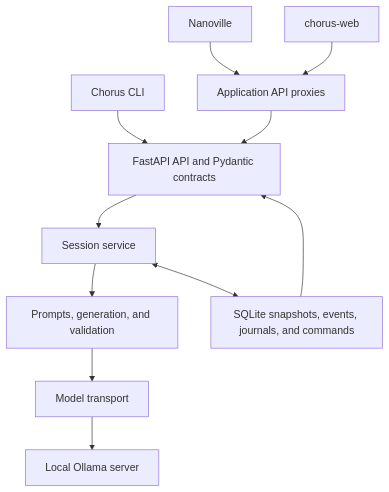
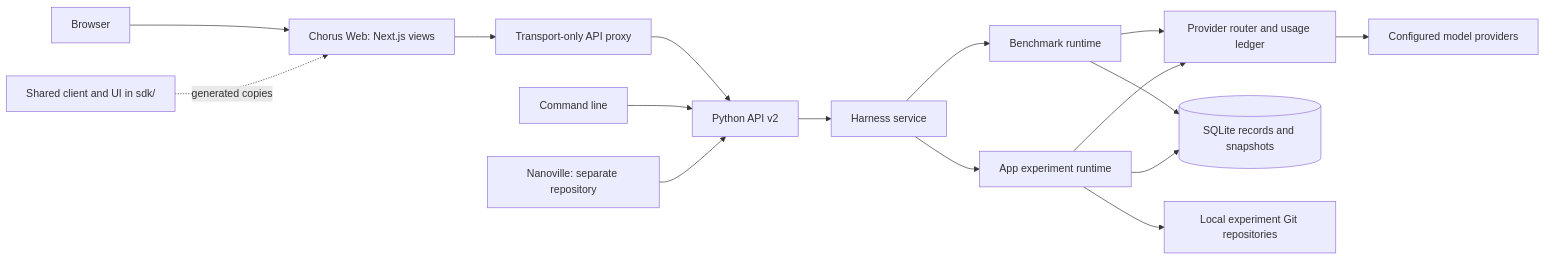
Before and after one commit to jyotiska/chorus: the first of 3 diagrams in docs/chorus-architecture.md, drawn with Mermaid. The commit also changed other lines of this file and 69 other files, not shown here.

````diff
--- a/docs/chorus-architecture.md
+++ b/docs/chorus-architecture.md
@@ -99,13 +7,18 @@
 ```mermaid
-flowchart TD
-    CLI[Chorus CLI] --> API[FastAPI API and Pydantic contracts]
-    Nano[Nanoville] --> Proxy[Application API proxies]
-    Web[chorus-web] --> Proxy
-    Proxy --> API
-    API --> Sessions[Session service]
-    Sessions --> Generation[Prompts, generation, and validation]
-    Generation --> Transport[Model transport]
-    Transport --> Ollama[Local Ollama server]
-    Sessions <--> Store[SQLite snapshots, events, journals, and commands]
-    Store --> API
+flowchart LR
+    User[Browser] --> Web[Chorus Web: Next.js views]
+    Web --> Proxy[Transport-only API proxy]
+    Proxy --> API[Python API v2]
+    CLI[Command line] --> API
+    Nano[Nanoville: separate repository] --> API
+    SDK[Shared client and UI in sdk/] -. generated copies .-> Web
+    API --> Harness[Harness service]
+    Harness --> Bench[Benchmark runtime]
+    Harness --> Apps[App experiment runtime]
+    Bench --> Provider[Provider router and usage ledger]
+    Apps --> Provider
+    Provider --> Models[Configured model providers]
+    Bench --> DB[(SQLite records and snapshots)]
+    Apps --> DB
+    Apps --> Git[Local experiment Git repositories]
 ```
````
